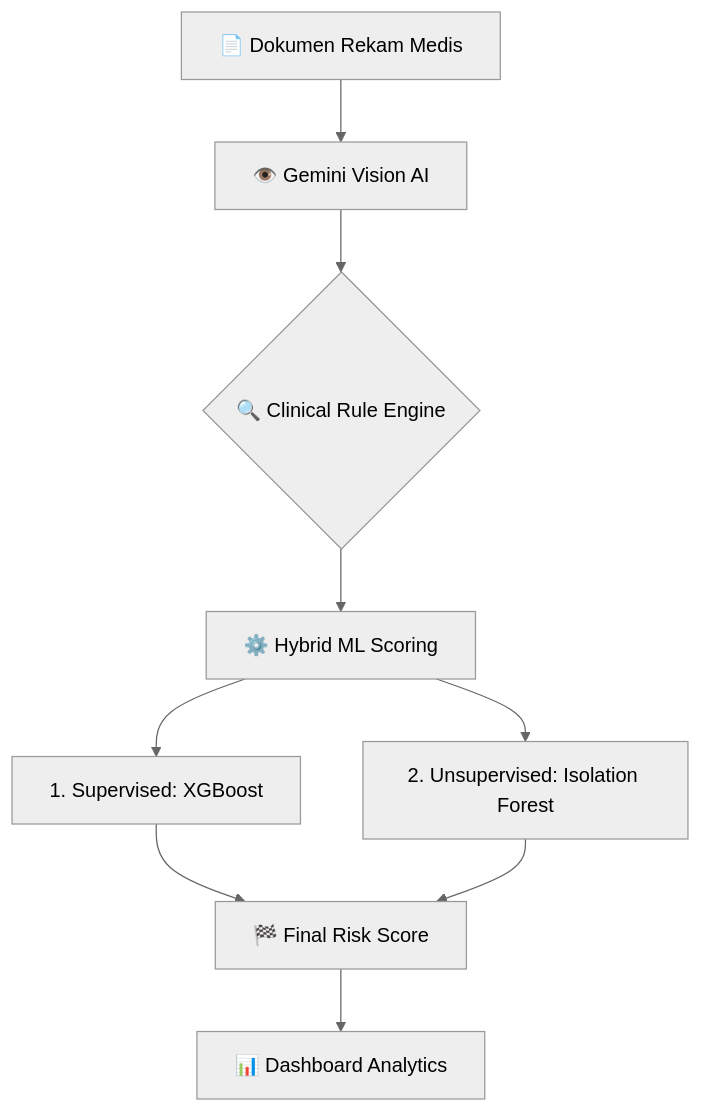
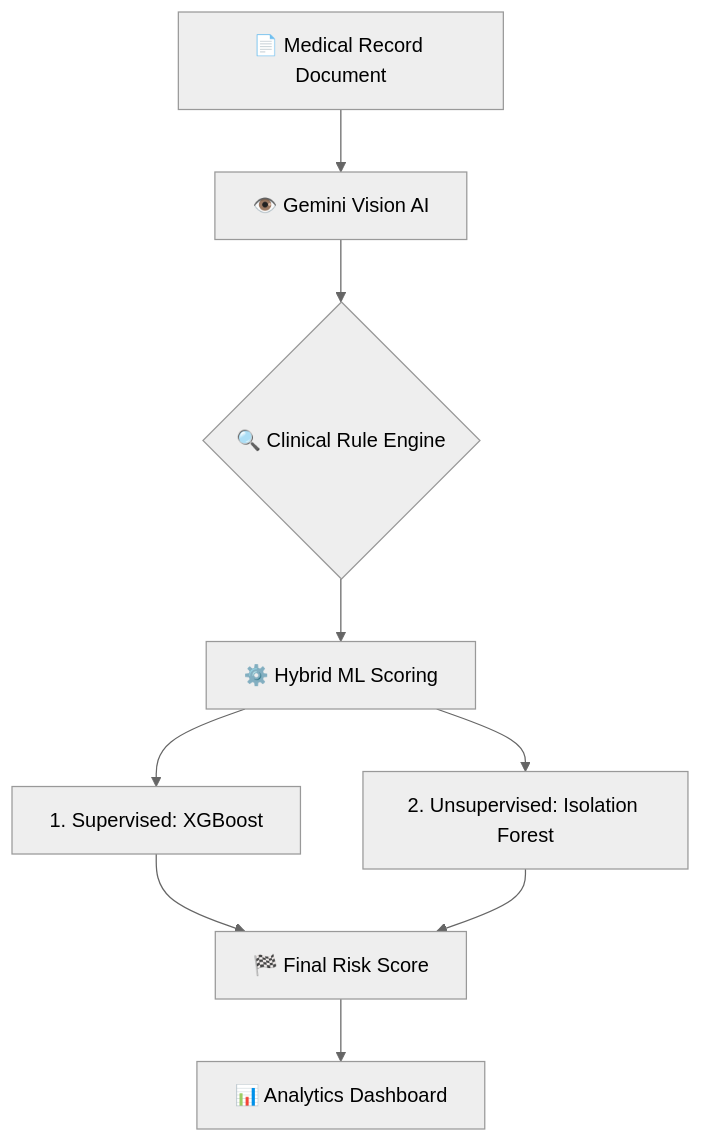
One commit to fhmi-kzkf/VeraMed-AI changed the diagram in README.md. Above: the diagram before and after it, drawn with Mermaid (neutral theme). The commit also changed other lines of this file and 4 other files, not shown here.

````diff
--- a/README.md
+++ b/README.md
@@ -33,11 +33,11 @@
 ```mermaid
 graph TD
-    A[📄 Dokumen Rekam Medis] --> B[👁️ Gemini Vision AI]
+    A[📄 Medical Record Document] --> B[👁️ Gemini Vision AI]
     B --> C{🔍 Clinical Rule Engine}
     C --> D[⚙️ Hybrid ML Scoring]
     D --> E[1. Supervised: XGBoost]
     D --> F[2. Unsupervised: Isolation Forest]
     E --> G[🏁 Final Risk Score]
     F --> G
-    G --> H[📊 Dashboard Analytics]
+    G --> H[📊 Analytics Dashboard]
 ```
````
